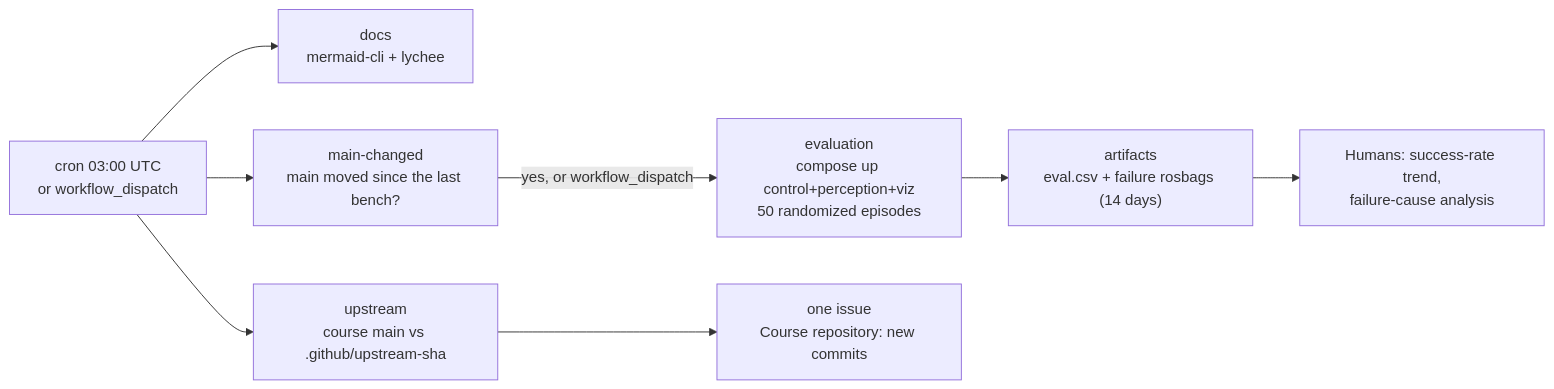
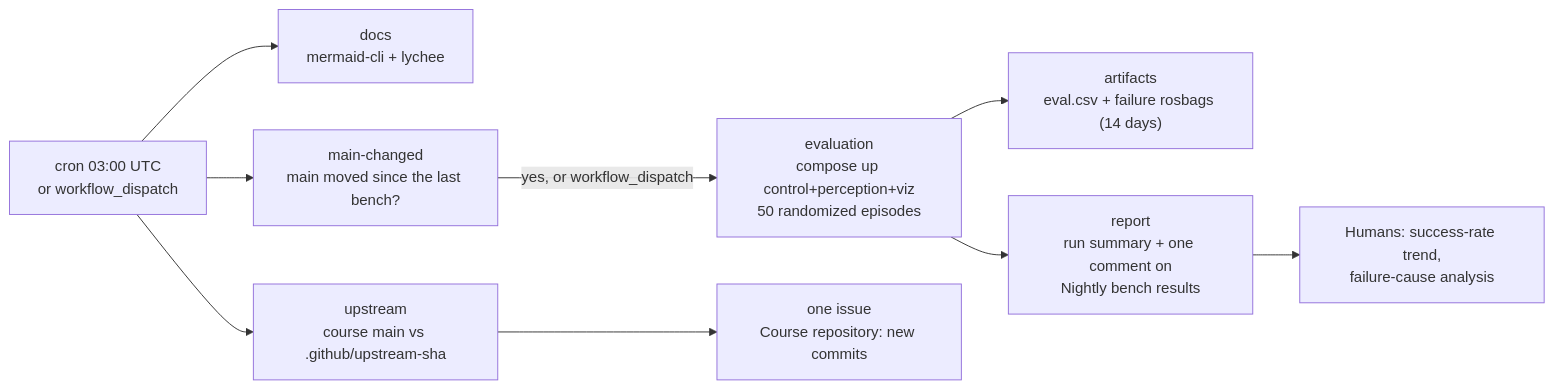
The third of 4 diagrams in docs/project/14_quality_pipeline_ci.md (FoxaxeWasTaken/Robotics), drawn with Mermaid before and after one commit. The commit also changed other lines of this file and 14 other files, not shown here.

First line of the commit message:
feat: tools/so101, README rewrite, nightly bench report, no CI on main (#154)

````diff
--- a/docs/project/14_quality_pipeline_ci.md
+++ b/docs/project/14_quality_pipeline_ci.md
@@ -168,10 +169,11 @@
 ```mermaid
 flowchart LR
   S["cron 03:00 UTC<br/>or workflow_dispatch"] --> D["docs<br/>mermaid-cli + lychee"]
   S --> MC["main-changed<br/>main moved since the last bench?"]
   MC -->|"yes, or workflow_dispatch"| V["evaluation<br/>compose up control+perception+viz<br/>50 randomized episodes"]
   V --> R["artifacts<br/>eval.csv + failure rosbags (14 days)"]
-  R --> H["Humans: success-rate trend,<br/>failure-cause analysis"]
+  V --> B["report<br/>run summary + one comment on<br/>Nightly bench results"]
+  B --> H["Humans: success-rate trend,<br/>failure-cause analysis"]
   S --> W["upstream<br/>course main vs .github/upstream-sha"]
   W --> I["one issue<br/>Course repository: new commits"]
 ```
````
